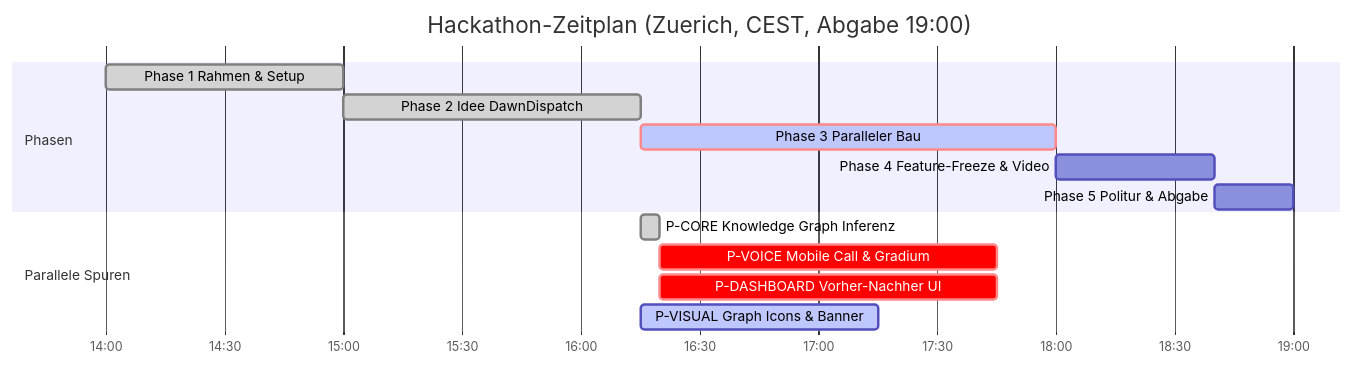
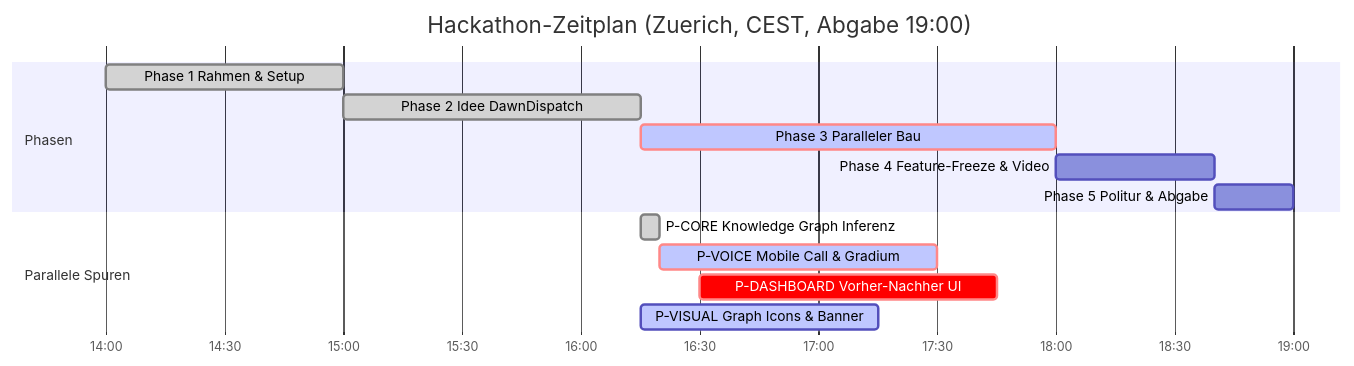
One commit to Philipp2agent/agentic-hack-google changed the diagram in STAND.md. Above: the diagram before and after it, drawn with Mermaid. The commit also changed other lines of this file, not shown here.

Commit message:
docs(stand): P-CORE gemerged, P-VOICE an hack-bau1 vergeben

````diff
--- a/STAND.md
+++ b/STAND.md
@@ -21,17 +21,17 @@
 ```mermaid
 gantt
   title Hackathon-Zeitplan (Zuerich, CEST, Abgabe 19:00)
   dateFormat HH:mm
   axisFormat %H:%M
   section Phasen
   Phase 1 Rahmen & Setup         :done, p1, 14:00, 15:00
   Phase 2 Idee DawnDispatch      :done, p2, 15:00, 16:15
   Phase 3 Paralleler Bau         :crit, active, p3, 16:15, 18:00
   Phase 4 Feature-Freeze & Video :p4, 18:00, 18:40
   Phase 5 Politur & Abgabe       :p5, 18:40, 19:00
   section Parallele Spuren
   P-CORE Knowledge Graph Inferenz   :done, p_core, 16:15, 16:20
-  P-VOICE Mobile Call & Gradium     :crit, p_voi, 16:20, 17:45
-  P-DASHBOARD Vorher-Nachher UI     :crit, p_dash, 16:20, 17:45
+  P-VOICE Mobile Call & Gradium     :crit, active, p_voi, 16:20, 17:30
+  P-DASHBOARD Vorher-Nachher UI     :crit, p_dash, 16:30, 17:45
   P-VISUAL Graph Icons & Banner     :active, p_vis, 16:15, 17:15
 ```
````
